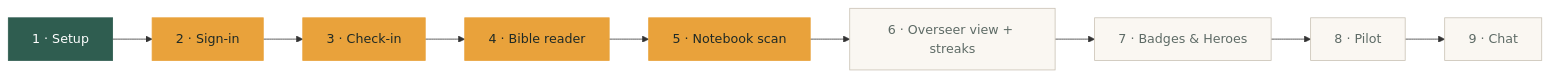
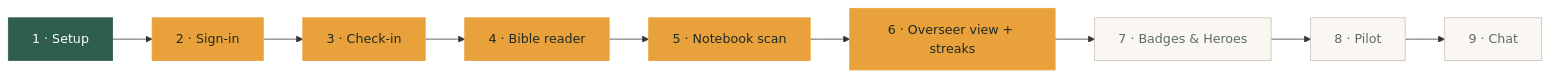
Before and after one commit to mannigoy/Abide: the diagram in README.md, drawn with Mermaid. The commit also changed other lines of this file and 10 other files, not shown here.

First line of the commit message:
Phase 6: streaks with weekly grace day and overseer Today view

````diff
--- a/README.md
+++ b/README.md
@@ -22,9 +22,9 @@
 ```mermaid
 flowchart LR
   P1["1 · Setup"]:::done --> P2["2 · Sign-in"]:::wip --> P3["3 · Check-in"]:::wip --> P4["4 · Bible reader"]:::wip --> P5["5 · Notebook scan"]:::wip
-  P5 --> P6["6 · Overseer view + streaks"]:::todo --> P7["7 · Badges & Heroes"]:::todo --> P8["8 · Pilot"]:::todo --> P9["9 · Chat"]:::todo
+  P5 --> P6["6 · Overseer view + streaks"]:::wip --> P7["7 · Badges & Heroes"]:::todo --> P8["8 · Pilot"]:::todo --> P9["9 · Chat"]:::todo
 
   classDef done fill:#2F5D50,stroke:#2F5D50,color:#FFFFFF
   classDef wip fill:#E9A23B,stroke:#E9A23B,color:#1F2A26
   classDef todo fill:#FAF7F2,stroke:#C9C1B4,color:#5E6B66
 ```
````
